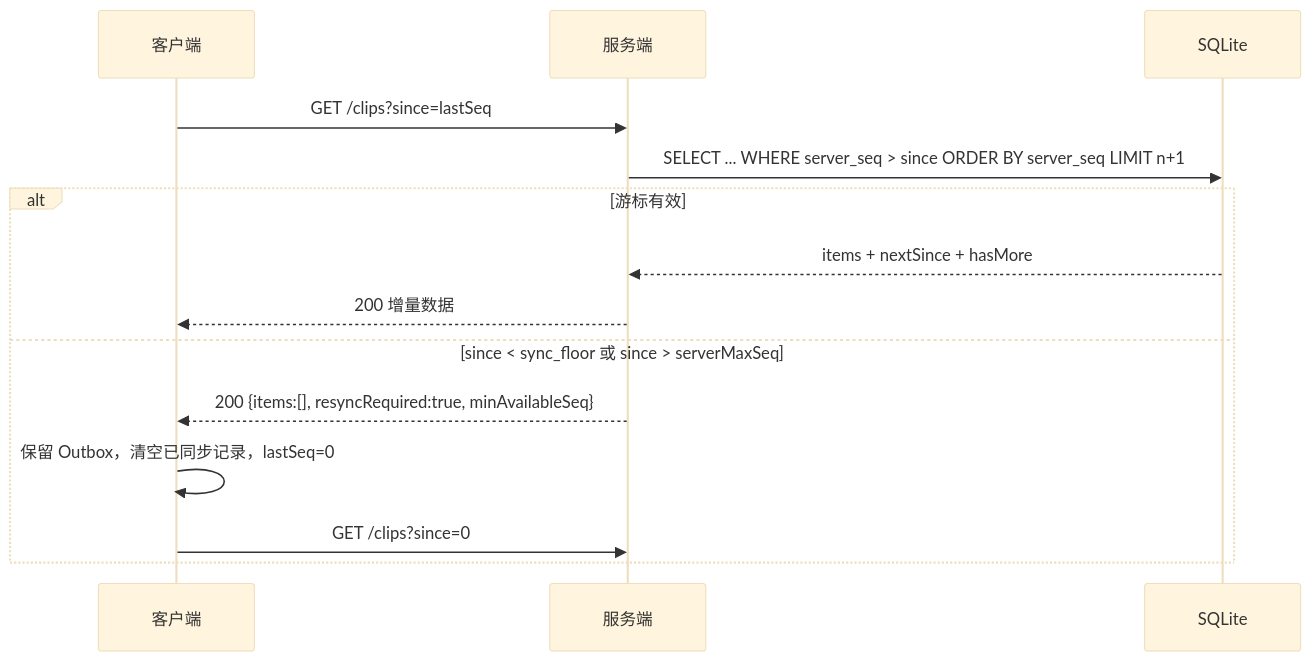
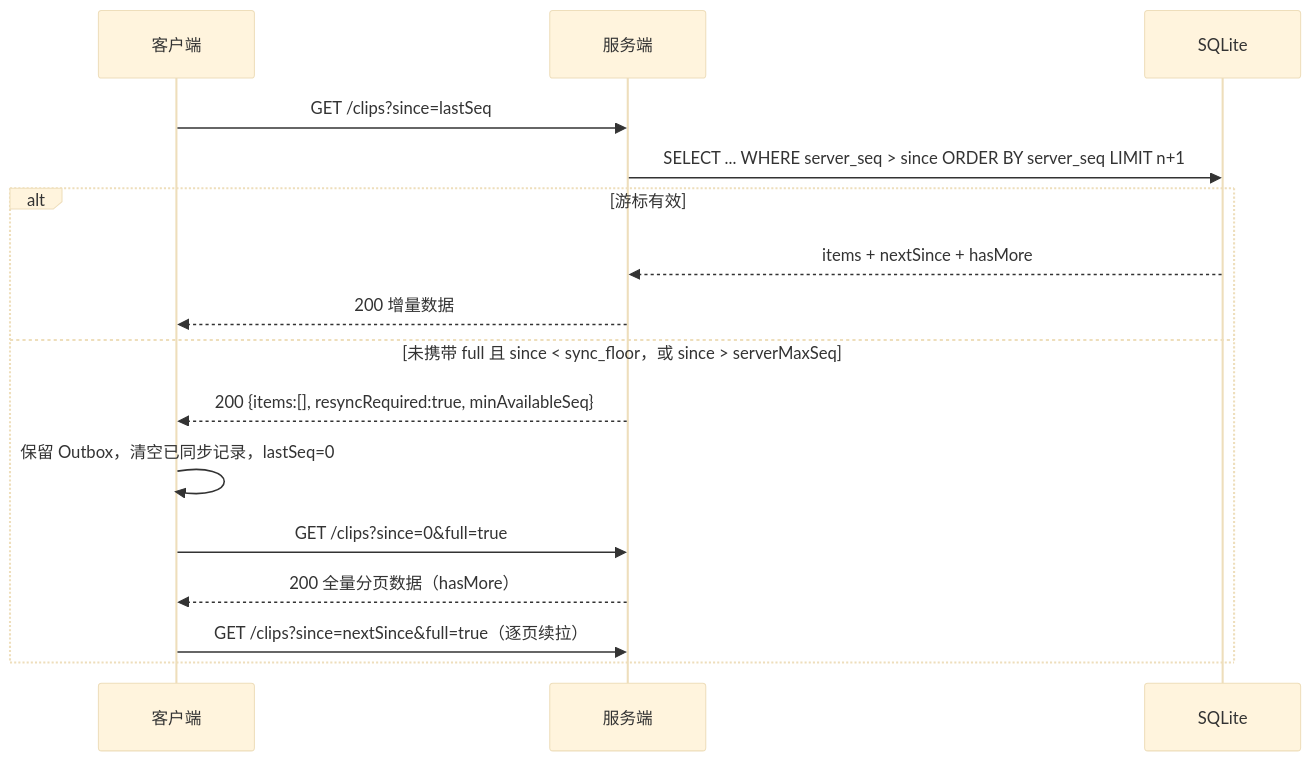
The fifth of 8 diagrams in docs/服务端技术架构.md (xingfengwxx/Clipbox), drawn with Mermaid (base theme) before and after one commit. The commit also changed other lines of this file and 19 other files, not shown here.

````diff
--- a/docs/服务端技术架构.md
+++ b/docs/服务端技术架构.md
@@ -672,17 +674,19 @@
 ```mermaid
 sequenceDiagram
     participant C as 客户端
     participant S as 服务端
     participant DB as SQLite
 
     C->>S: GET /clips?since=lastSeq
     S->>DB: SELECT ... WHERE server_seq > since ORDER BY server_seq LIMIT n+1
     alt 游标有效
         DB-->>S: items + nextSince + hasMore
         S-->>C: 200 增量数据
-    else since < sync_floor 或 since > serverMaxSeq
+    else 未携带 full 且 since < sync_floor，或 since > serverMaxSeq
         S-->>C: 200 {items:[], resyncRequired:true, minAvailableSeq}
         C->>C: 保留 Outbox，清空已同步记录，lastSeq=0
-        C->>S: GET /clips?since=0
+        C->>S: GET /clips?since=0&full=true
+        S-->>C: 200 全量分页数据（hasMore）
+        C->>S: GET /clips?since=nextSince&full=true（逐页续拉）
     end
 ```
````
